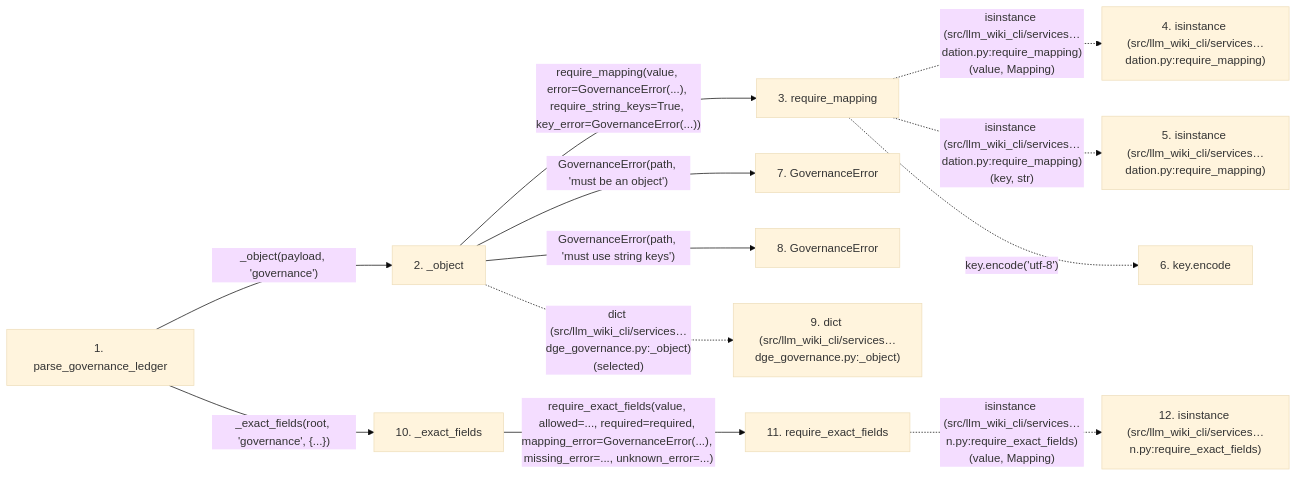
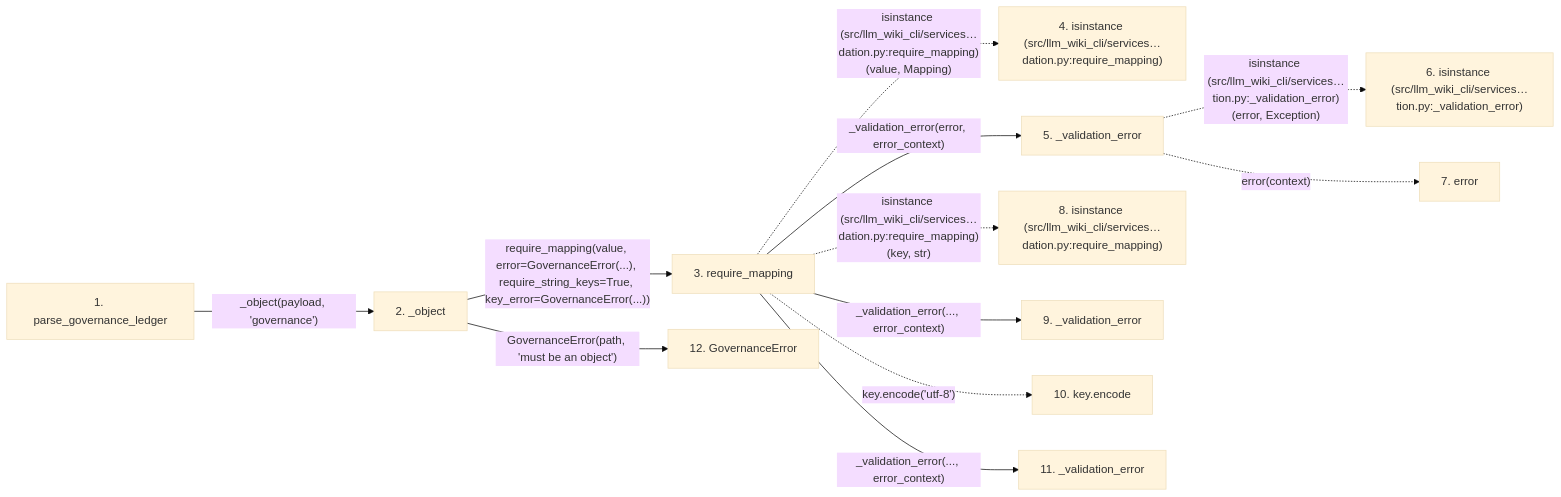
The second of 2 diagrams in docs/llm_wiki/flows/api-parse_governance_ledger.md (Denissvgn/python-wiki-llm), drawn with Mermaid (base theme) before and after one commit. The commit also changed other lines of this file and 627 other files, not shown here.

````diff
--- a/docs/llm_wiki/flows/api-parse_governance_ledger.md
+++ b/docs/llm_wiki/flows/api-parse_governance_ledger.md
@@ -139,33 +139,33 @@
 ```mermaid
 flowchart LR
     s1["1. parse_governance_ledger"]
     s2["2. _object"]
     s3["3. require_mapping"]
     s4["4. isinstance (src/llm_wiki_cli/services…dation.py:require_mapping)"]
-    s5["5. isinstance (src/llm_wiki_cli/services…dation.py:require_mapping)"]
-    s6["6. key.encode"]
-    s7["7. GovernanceError"]
-    s8["8. GovernanceError"]
-    s9["9. dict (src/llm_wiki_cli/services…dge_governance.py:_object)"]
-    s10["10. _exact_fields"]
-    s11["11. require_exact_fields"]
-    s12["12. isinstance (src/llm_wiki_cli/services…n.py:require_exact_fields)"]
+    s5["5. _validation_error"]
+    s6["6. isinstance (src/llm_wiki_cli/services…tion.py:_validation_error)"]
+    s7["7. error"]
+    s8["8. isinstance (src/llm_wiki_cli/services…dation.py:require_mapping)"]
+    s9["9. _validation_error"]
+    s10["10. key.encode"]
+    s11["11. _validation_error"]
+    s12["12. GovernanceError"]
     s1 -->|"_object(payload, 'governance')"| s2
     s2 -->|"require_mapping(value, error=GovernanceError(...), require_string_keys=True, key_error=GovernanceError(...))"| s3
     s3 -. "isinstance (src/llm_wiki_cli/services…dation.py:require_mapping)(value, Mapping)" .-> s4
-    s3 -. "isinstance (src/llm_wiki_cli/services…dation.py:require_mapping)(key, str)" .-> s5
-    s3 -. "key.encode('utf-8')" .-> s6
-    s2 -->|"GovernanceError(path, 'must be an object')"| s7
-    s2 -->|"GovernanceError(path, 'must use string keys')"| s8
-    s2 -. "dict (src/llm_wiki_cli/services…dge_governance.py:_object)(selected)" .-> s9
-    s1 -->|"_exact_fields(root, 'governance', {...})"| s10
-    s10 -->|"require_exact_fields(value, allowed=..., required=required, mapping_error=GovernanceError(...), missing_error=..., unknown_error=...)"| s11
-    s11 -. "isinstance (src/llm_wiki_cli/services…n.py:require_exact_fields)(value, Mapping)" .-> s12
+    s3 -->|"_validation_error(error, error_context)"| s5
+    s5 -. "isinstance (src/llm_wiki_cli/services…tion.py:_validation_error)(error, Exception)" .-> s6
+    s5 -. "error(context)" .-> s7
+    s3 -. "isinstance (src/llm_wiki_cli/services…dation.py:require_mapping)(key, str)" .-> s8
+    s3 -->|"_validation_error(..., error_context)"| s9
+    s3 -. "key.encode('utf-8')" .-> s10
+    s3 -->|"_validation_error(..., error_context)"| s11
+    s2 -->|"GovernanceError(path, 'must be an object')"| s12
     click s1 "../modules/knowledge_governance.md"
     click s2 "../modules/knowledge_governance.md"
     click s3 "../modules/validation.md"
-    click s7 "../modules/knowledge_governance.md"
-    click s8 "../modules/knowledge_governance.md"
-    click s10 "../modules/knowledge_governance.md"
+    click s5 "../modules/validation.md"
+    click s9 "../modules/validation.md"
     click s11 "../modules/validation.md"
+    click s12 "../modules/knowledge_governance.md"
 ```
````
